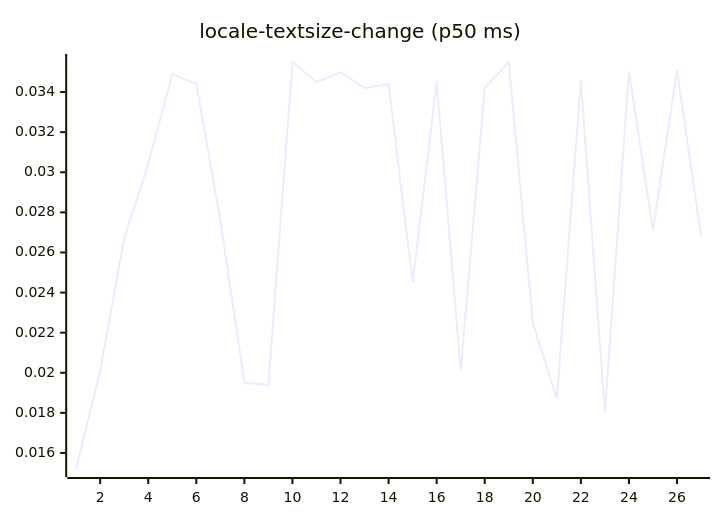
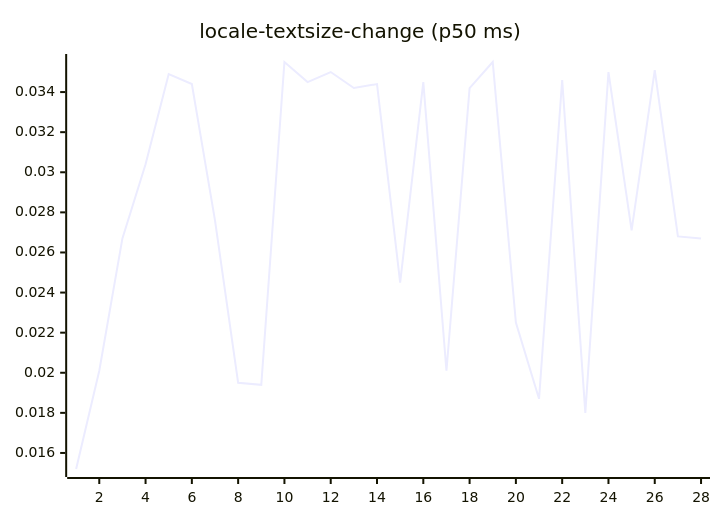
One commit to josha/Facet changed diagram 13 of 27 in README.md. Above: the diagram before and after it, drawn with Mermaid. The commit also changed other lines of this file and 2 other files, not shown here.

````diff
--- a/README.md
+++ b/README.md
@@ -147,6 +147,6 @@
 ```mermaid
 xychart-beta
     title "locale-textsize-change (p50 ms)"
-    x-axis 1 --> 27
-    line [0.0152, 0.0201, 0.0267, 0.0304, 0.0349, 0.0344, 0.0276, 0.0195, 0.0194, 0.0355, 0.0345, 0.0350, 0.0342, 0.0344, 0.0245, 0.0345, 0.0201, 0.0342, 0.0355, 0.0225, 0.0187, 0.0346, 0.0180, 0.0350, 0.0271, 0.0351, 0.0268]
+    x-axis 1 --> 28
+    line [0.0152, 0.0201, 0.0267, 0.0304, 0.0349, 0.0344, 0.0276, 0.0195, 0.0194, 0.0355, 0.0345, 0.0350, 0.0342, 0.0344, 0.0245, 0.0345, 0.0201, 0.0342, 0.0355, 0.0225, 0.0187, 0.0346, 0.0180, 0.0350, 0.0271, 0.0351, 0.0268, 0.0267]
 ```
````
